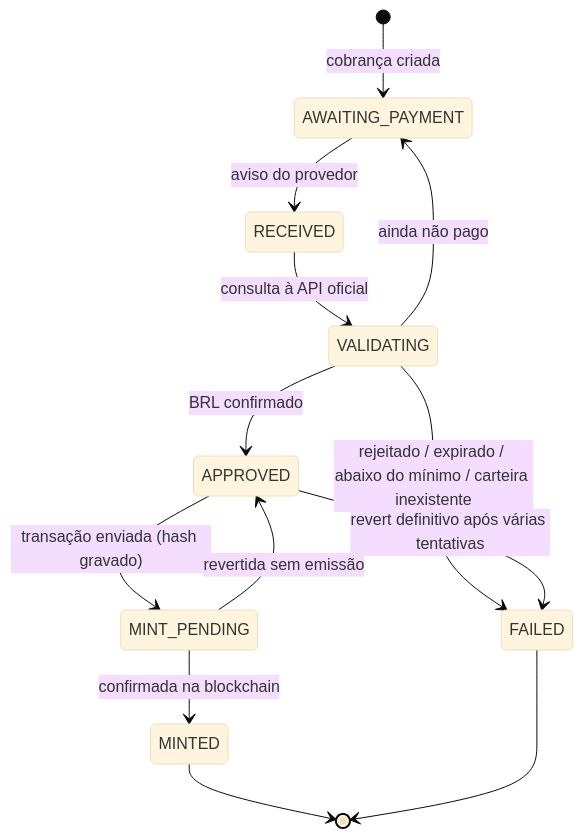
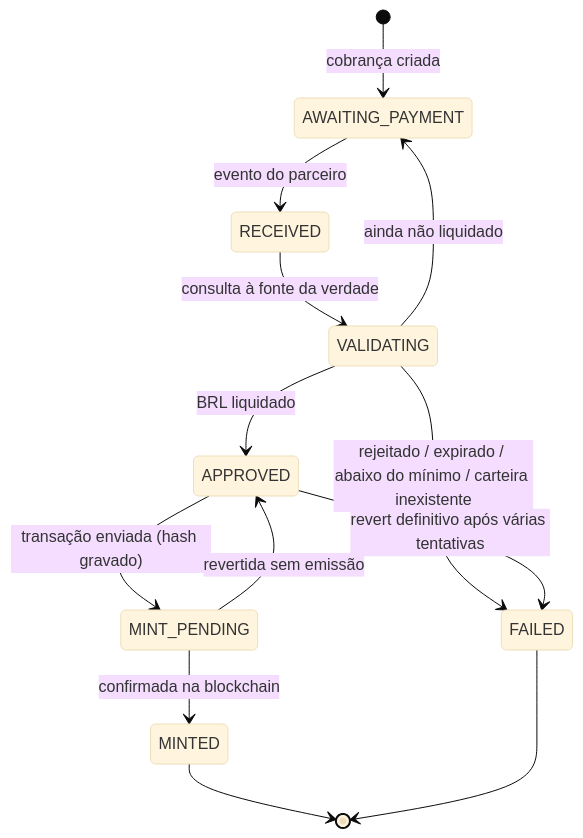
Before and after one commit to Peragus01/Mumbuca-plus: the fourth of 4 diagrams in README.md, drawn with Mermaid (base theme). The commit also changed other lines of this file and 1 other file, not shown here.

````diff
--- a/README.md
+++ b/README.md
@@ -215,15 +242,15 @@
 ```mermaid
 stateDiagram-v2
     [*] --> AWAITING_PAYMENT: cobrança criada
-    AWAITING_PAYMENT --> RECEIVED: aviso do provedor
-    RECEIVED --> VALIDATING: consulta à API oficial
-    VALIDATING --> AWAITING_PAYMENT: ainda não pago
-    VALIDATING --> APPROVED: BRL confirmado
+    AWAITING_PAYMENT --> RECEIVED: evento do parceiro
+    RECEIVED --> VALIDATING: consulta à fonte da verdade
+    VALIDATING --> AWAITING_PAYMENT: ainda não liquidado
+    VALIDATING --> APPROVED: BRL liquidado
     VALIDATING --> FAILED: rejeitado / expirado / abaixo do mínimo / carteira inexistente
     APPROVED --> MINT_PENDING: transação enviada (hash gravado)
     MINT_PENDING --> MINTED: confirmada na blockchain
     MINT_PENDING --> APPROVED: revertida sem emissão
     APPROVED --> FAILED: revert definitivo após várias tentativas
     MINTED --> [*]
     FAILED --> [*]
 ```
````
